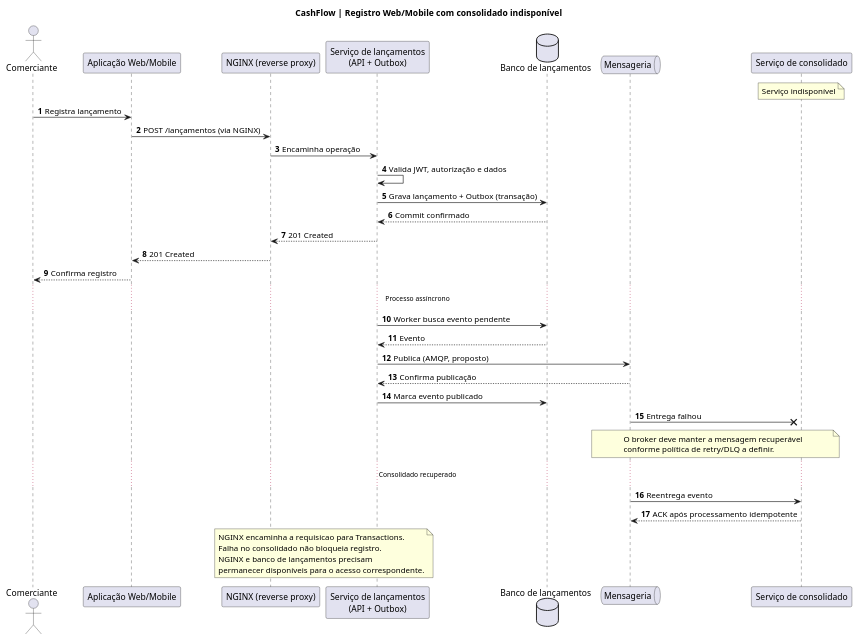
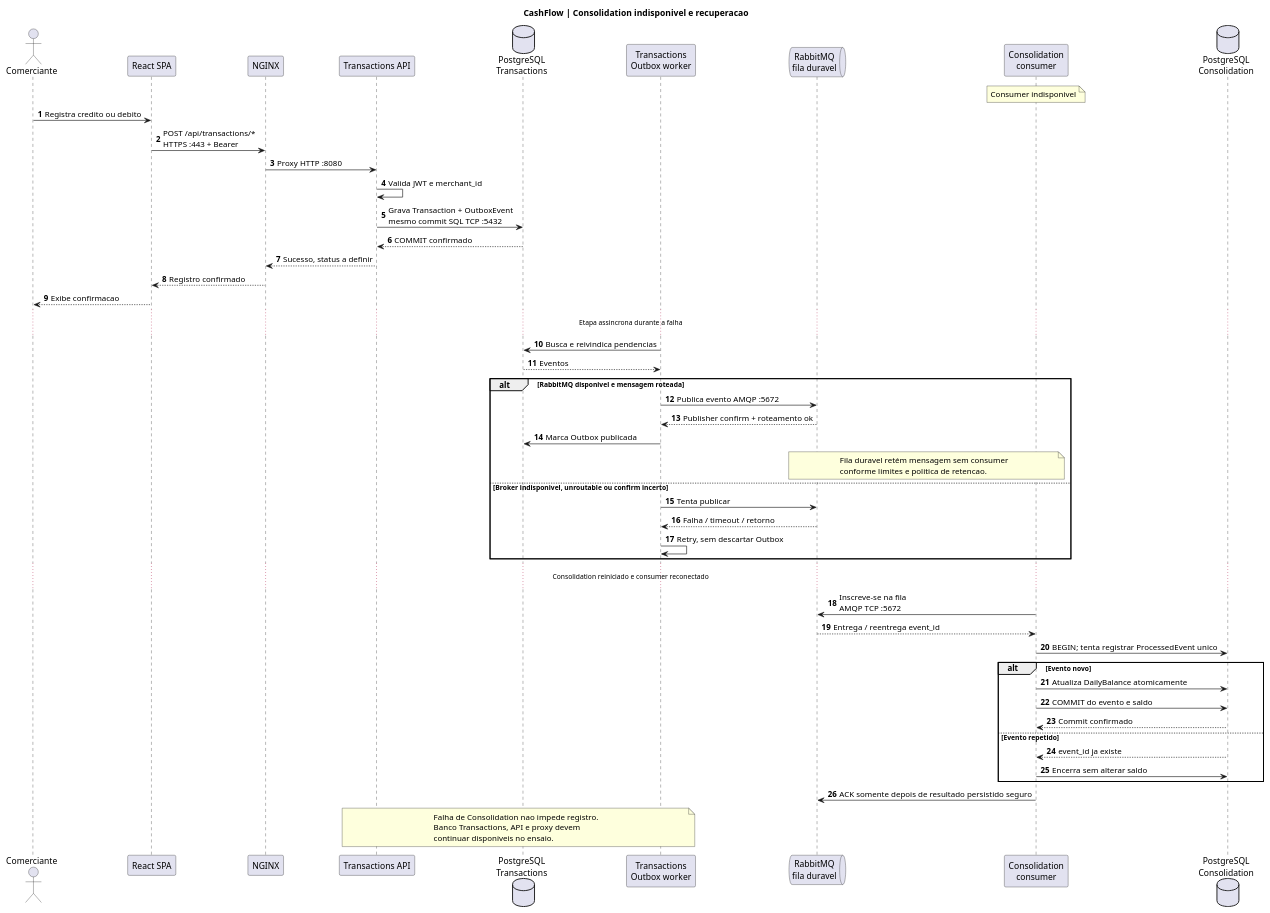
Before and after one commit to wolwerr/CashFlow-Architecture: the diagram in docs/architecture/plantuml/sequence-failure.puml, drawn with PlantUML.

Commit message:
docs(validation): align sequence flow with Outbox, JWT and service boundaries (#6)

```diff
--- a/docs/architecture/plantuml/sequence-failure.puml
+++ b/docs/architecture/plantuml/sequence-failure.puml
@@ -1,41 +1,60 @@
 @startuml CashFlow_Consolidation_Failure
-title CashFlow | Registro Web/Mobile com consolidado indisponível
+title CashFlow | Consolidation indisponivel e recuperacao
 autonumber
-actor Comerciante
-participant "Aplicação Web/Mobile" as W
-participant "NGINX (reverse proxy)" as G
-participant "Serviço de lançamentos\n(API + Outbox)" as L
-database "Banco de lançamentos" as BL
-queue "Mensageria" as M
-participant "Serviço de consolidado" as C
-note over C: Serviço indisponível
-Comerciante -> W: Registra lançamento
-W -> G: POST /lançamentos (via NGINX)
-G -> L: Encaminha operação
-L -> L: Valida JWT, autorização e dados
-L -> BL: Grava lançamento + Outbox (transação)
-BL --> L: Commit confirmado
-L --> G: 201 Created
-G --> W: 201 Created
-W --> Comerciante: Confirma registro
-... Processo assíncrono ...
-L -> BL: Worker busca evento pendente
-BL --> L: Evento
-L -> M: Publica (AMQP, proposto)
-M --> L: Confirma publicação
-L -> BL: Marca evento publicado
-M ->x C: Entrega falhou
-note over M,C
-O broker deve manter a mensagem recuperável
-conforme política de retry/DLQ a definir.
-end note
-... Consolidado recuperado ...
-M -> C: Reentrega evento
-C --> M: ACK após processamento idempotente
-note over G,L
-NGINX encaminha a requisicao para Transactions.
-Falha no consolidado não bloqueia registro.
-NGINX e banco de lançamentos precisam
-permanecer disponíveis para o acesso correspondente.
+actor Comerciante as U
+participant "React SPA" as W
+participant "NGINX" as G
+participant "Transactions API" as API
+database "PostgreSQL\nTransactions" as DBT
+participant "Transactions\nOutbox worker" as OUT
+queue "RabbitMQ\nfila duravel" as MQ
+participant "Consolidation\nconsumer" as CON
+database "PostgreSQL\nConsolidation" as DBC
+
+note over CON: Consumer indisponivel
+U -> W: Registra credito ou debito
+W -> G: POST /api/transactions/*\nHTTPS :443 + Bearer
+G -> API: Proxy HTTP :8080
+API -> API: Valida JWT e merchant_id
+API -> DBT: Grava Transaction + OutboxEvent\nmesmo commit SQL TCP :5432
+DBT --> API: COMMIT confirmado
+API --> G: Sucesso, status a definir
+G --> W: Registro confirmado
+W --> U: Exibe confirmacao
+
+... Etapa assincrona durante a falha ...
+OUT -> DBT: Busca e reivindica pendencias
+DBT --> OUT: Eventos
+alt RabbitMQ disponivel e mensagem roteada
+  OUT -> MQ: Publica evento AMQP :5672
+  MQ --> OUT: Publisher confirm + roteamento ok
+  OUT -> DBT: Marca Outbox publicada
+  note over MQ,CON
+    Fila duravel retém mensagem sem consumer
+    conforme limites e politica de retencao.
+  end note
+else Broker indisponivel, unroutable ou confirm incerto
+  OUT -> MQ: Tenta publicar
+  MQ --> OUT: Falha / timeout / retorno
+  OUT -> OUT: Retry, sem descartar Outbox
+end
+
+... Consolidation reiniciado e consumer reconectado ...
+CON -> MQ: Inscreve-se na fila\nAMQP TCP :5672
+MQ --> CON: Entrega / reentrega event_id
+CON -> DBC: BEGIN; tenta registrar ProcessedEvent unico
+alt Evento novo
+  CON -> DBC: Atualiza DailyBalance atomicamente
+  CON -> DBC: COMMIT do evento e saldo
+  DBC --> CON: Commit confirmado
+else Evento repetido
+  DBC --> CON: event_id ja existe
+  CON -> DBC: Encerra sem alterar saldo
+end
+CON -> MQ: ACK somente depois de resultado persistido seguro
+note over API,OUT
+Falha de Consolidation nao impede registro.
+Banco Transactions, API e proxy devem
+continuar disponiveis no ensaio.
 end note
 @enduml
```
